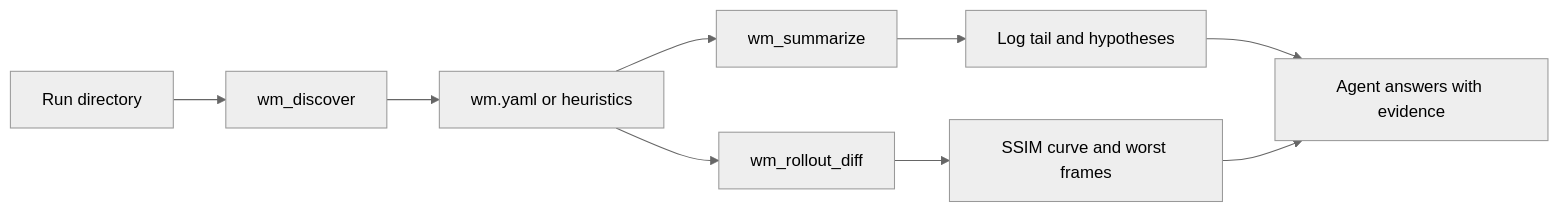
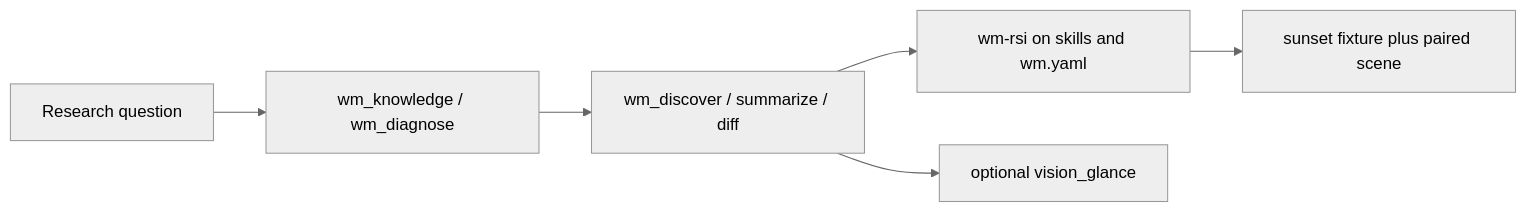
One commit to WayneJin0918/dsh-wm changed the first of 2 diagrams in README.md. Above: the diagram before and after it, drawn with Mermaid (neutral theme). The commit also changed other lines of this file and 10 other files, not shown here.

````diff
--- a/README.md
+++ b/README.md
@@ -172,11 +198,8 @@
 ```mermaid
 flowchart LR
-  run[Run directory] --> discover[wm_discover]
-  discover --> yaml[wm.yaml or heuristics]
-  yaml --> summarize[wm_summarize]
-  yaml --> diff[wm_rollout_diff]
-  summarize --> card[Log tail and hypotheses]
-  diff --> curve[SSIM curve and worst frames]
-  card --> agent[Agent answers with evidence]
-  curve --> agent
+  ask[Research question] --> know[wm_knowledge / wm_diagnose]
+  know --> measure[wm_discover / summarize / diff]
+  measure --> rsi[wm-rsi on skills and wm.yaml]
+  rsi --> gate[sunset fixture plus paired scene]
+  measure --> eyes[optional vision_glance]
 ```
````
